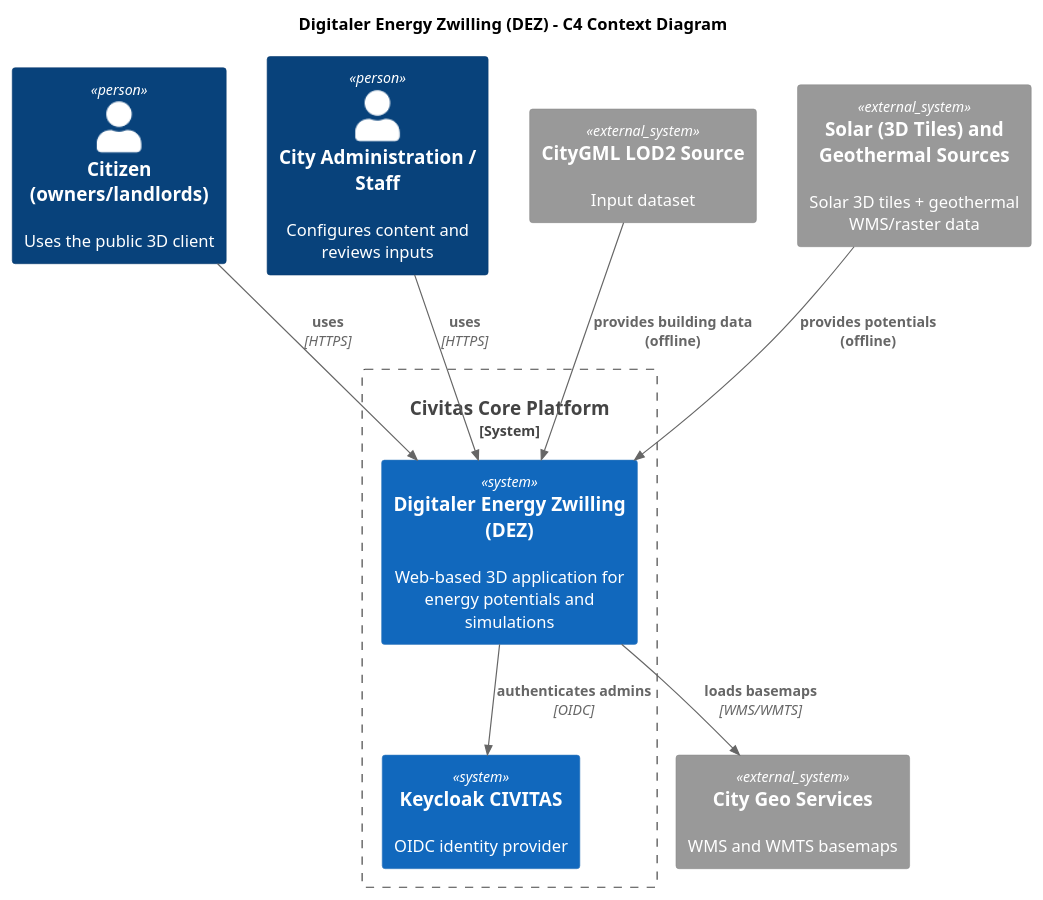
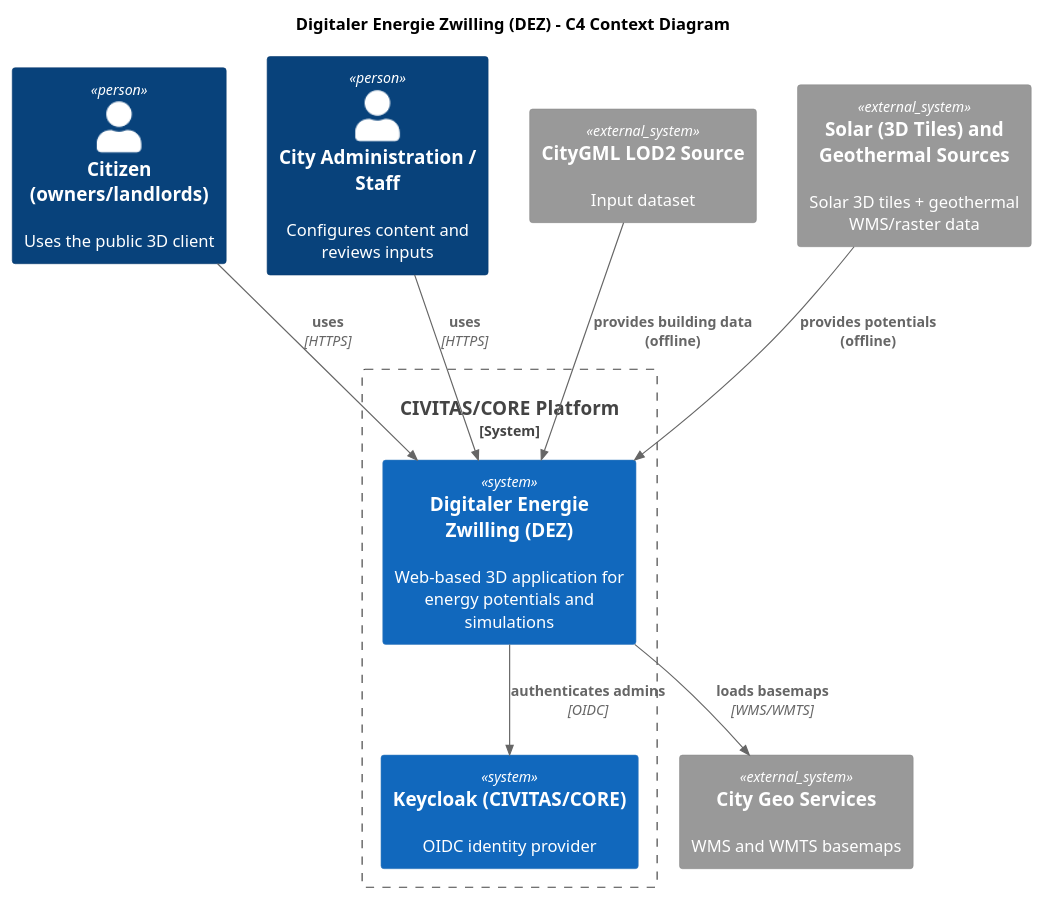
One commit to csi-FOXBYTE/Regensburg_DigitalerEnergieZwilling_Backend changed the diagram in docs/architecture/raw/c4-context.puml. Above: the diagram before and after it, drawn with PlantUML. The commit also changed 26 other files, not shown here.

```diff
--- a/docs/architecture/raw/c4-context.puml
+++ b/docs/architecture/raw/c4-context.puml
@@ -1,25 +1,25 @@
 @startuml
 !includeurl https://raw.githubusercontent.com/plantuml-stdlib/C4-PlantUML/master/C4_Context.puml
 
-title Digitaler Energy Zwilling (DEZ) - C4 Context Diagram
+title Digitaler Energie Zwilling (DEZ) - C4 Context Diagram
 
 Person(citizen, "Citizen (owners/landlords)", "Uses the public 3D client")
 Person(admin, "City Administration / Staff", "Configures content and reviews inputs")
 
-System_Boundary(civitas, "Civitas Core Platform") {
-  System(det, "Digitaler Energy Zwilling (DEZ)", "Web-based 3D application for energy potentials and simulations")
-  System(idp, "Keycloak CIVITAS", "OIDC identity provider")
+System_Boundary(civitas, "CIVITAS/CORE Platform") {
+  System(det, "Digitaler Energie Zwilling (DEZ)", "Web-based 3D application for energy potentials and simulations")
+  System(idp, "Keycloak (CIVITAS/CORE)", "OIDC identity provider")
 }
 
 System_Ext(geo, "City Geo Services", "WMS and WMTS basemaps")
 System_Ext(citygml, "CityGML LOD2 Source", "Input dataset")
 System_Ext(potentials, "Solar (3D Tiles) and Geothermal Sources", "Solar 3D tiles + geothermal WMS/raster data")
 
 Rel(citizen, det, "uses", "HTTPS")
 Rel(admin, det, "uses", "HTTPS")
 Rel(det, idp, "authenticates admins", "OIDC")
 Rel(det, geo, "loads basemaps", "WMS/WMTS")
 Rel(citygml, det, "provides building data (offline)")
 Rel(potentials, det, "provides potentials (offline)")
 
 @enduml
```
